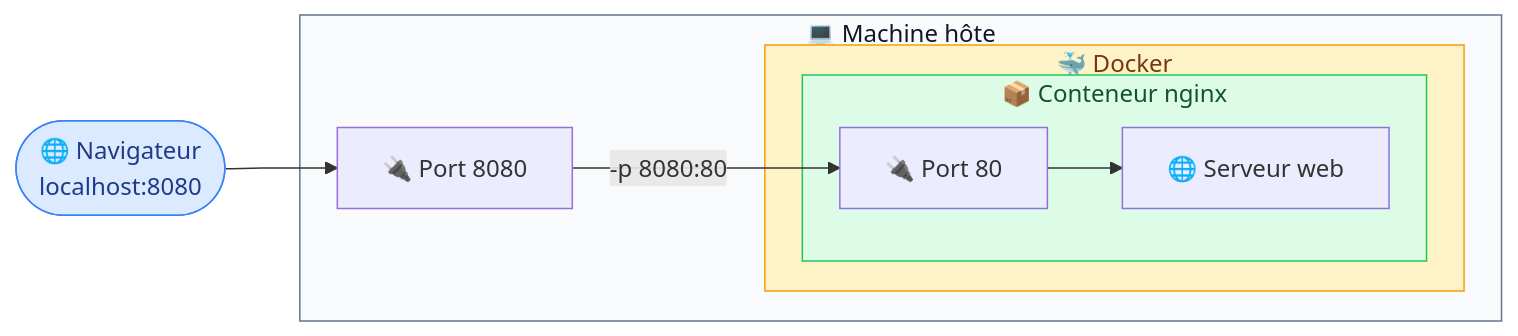
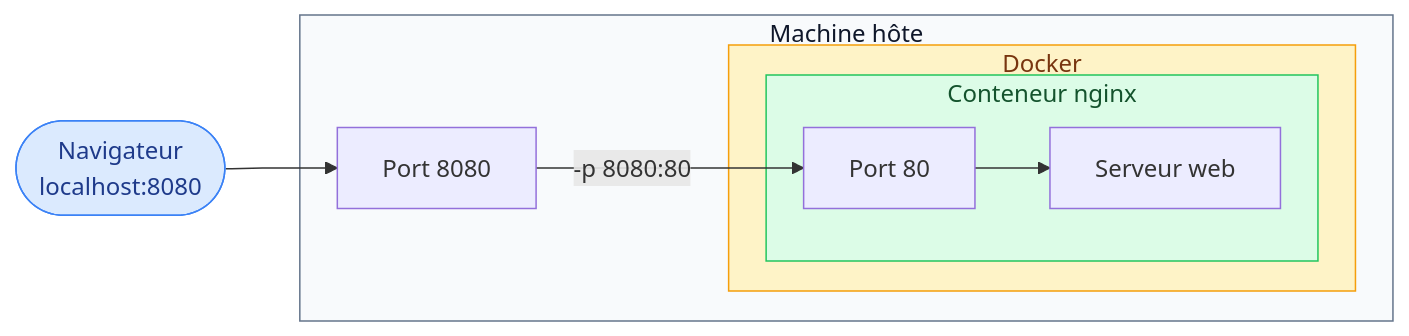
One commit to GoobyWoobies/HEIA-IT changed the third of 3 diagrams in methodologie-securite-it/docker/05-conteneurs.md. Above: the diagram before and after it, drawn with Mermaid. The commit also changed other lines of this file and 24 other files, not shown here.

````diff
--- a/methodologie-securite-it/docker/05-conteneurs.md
+++ b/methodologie-securite-it/docker/05-conteneurs.md
@@ -268,18 +268,18 @@
 ```mermaid
 flowchart LR
-    B(["🌐 Navigateur<br/>localhost:8080"]) --> H
-    subgraph HOST["💻 Machine hôte"]
-        H["🔌 Port 8080"]
-        subgraph DK["🐳 Docker"]
-            subgraph CT["📦 Conteneur nginx"]
-                P["🔌 Port 80"] --> W["🌐 Serveur web"]
+    B(["Navigateur<br/>localhost:8080"]) --> H
+    subgraph HOST["Machine hôte"]
+        H["Port 8080"]
+        subgraph DK["Docker"]
+            subgraph CT["Conteneur nginx"]
+                P["Port 80"] --> W["Serveur web"]
             end
         end
         H -->|"-p 8080:80"| P
     end
 
     style B fill:#dbeafe,stroke:#3b82f6,color:#1e3a8a
     style HOST fill:#f8fafc,stroke:#64748b,color:#0f172a
     style DK fill:#fef3c7,stroke:#f59e0b,color:#78350f
     style CT fill:#dcfce7,stroke:#22c55e,color:#14532d
 ```
````
